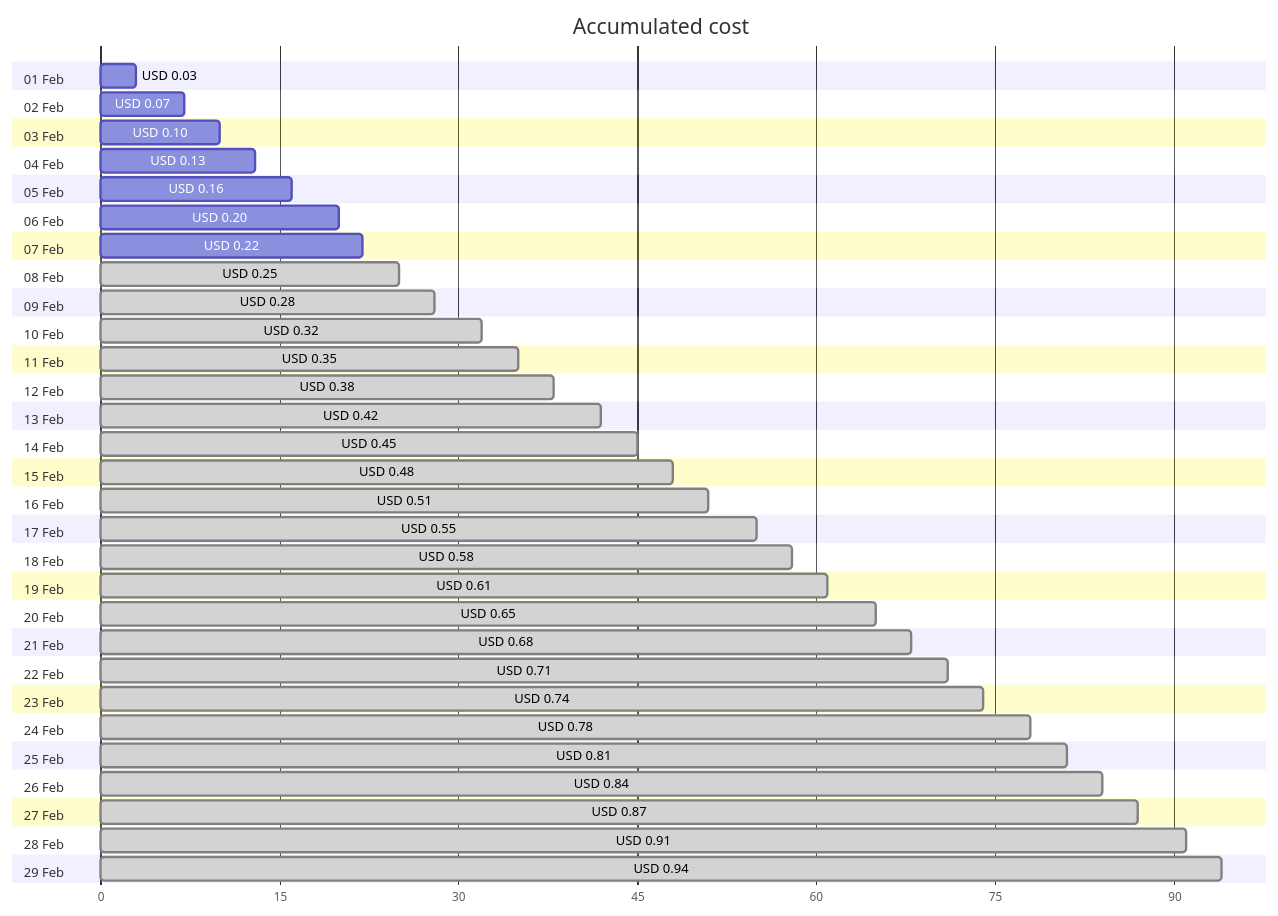
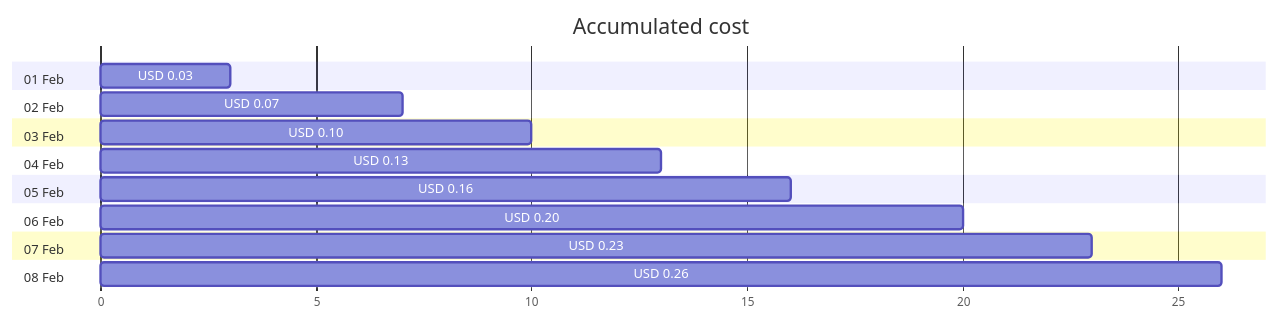
One commit to jpfulton/azure-personal-reports changed the first of 4 diagrams in cost-reports/personal-dns/README.md. Above: the diagram before and after it, drawn with Mermaid. The commit also changed other lines of this file and 2 other files, not shown here.

Commit message:
Generated reports [skip ci]

````diff
--- a/cost-reports/personal-dns/README.md
+++ b/cost-reports/personal-dns/README.md
@@ -20,64 +20,22 @@
 ```mermaid
 gantt
    title Accumulated cost
    dateFormat  X
    axisFormat %s
    section 01 Feb
    USD 0.03 :0, 3
    section 02 Feb
    USD 0.07 :0, 7
    section 03 Feb
    USD 0.10 :0, 10
    section 04 Feb
    USD 0.13 :0, 13
    section 05 Feb
    USD 0.16 :0, 16
    section 06 Feb
    USD 0.20 :0, 20
    section 07 Feb
-   USD 0.22 :0, 22
+   USD 0.23 :0, 23
    section 08 Feb
-   USD 0.25 : done, 0, 25
-   section 09 Feb
-   USD 0.28 : done, 0, 28
-   section 10 Feb
-   USD 0.32 : done, 0, 32
-   section 11 Feb
-   USD 0.35 : done, 0, 35
-   section 12 Feb
-   USD 0.38 : done, 0, 38
-   section 13 Feb
-   USD 0.42 : done, 0, 42
-   section 14 Feb
-   USD 0.45 : done, 0, 45
-   section 15 Feb
-   USD 0.48 : done, 0, 48
-   section 16 Feb
-   USD 0.51 : done, 0, 51
-   section 17 Feb
-   USD 0.55 : done, 0, 55
-   section 18 Feb
-   USD 0.58 : done, 0, 58
-   section 19 Feb
-   USD 0.61 : done, 0, 61
-   section 20 Feb
-   USD 0.65 : done, 0, 65
-   section 21 Feb
-   USD 0.68 : done, 0, 68
-   section 22 Feb
-   USD 0.71 : done, 0, 71
-   section 23 Feb
-   USD 0.74 : done, 0, 74
-   section 24 Feb
-   USD 0.78 : done, 0, 78
-   section 25 Feb
-   USD 0.81 : done, 0, 81
-   section 26 Feb
-   USD 0.84 : done, 0, 84
-   section 27 Feb
-   USD 0.87 : done, 0, 87
-   section 28 Feb
-   USD 0.91 : done, 0, 91
-   section 29 Feb
-   USD 0.94 : done, 0, 94
+   USD 0.26 :0, 26
 ```
````
